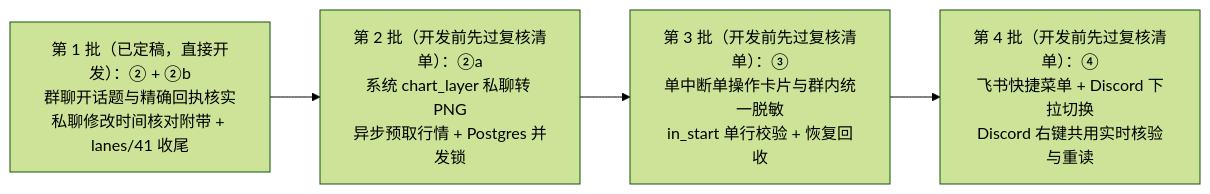
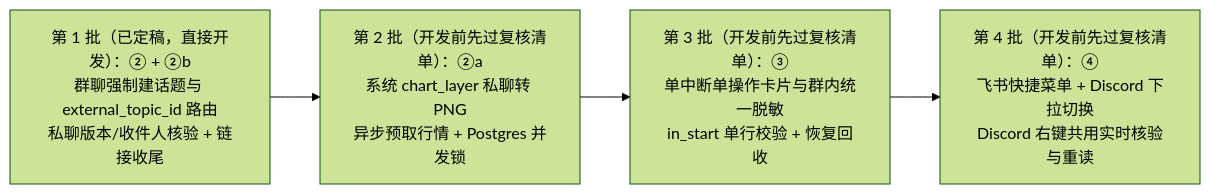
Before and after one commit to everflowinv/dalton-langalpha: the diagram in docs/dalton/features/channel-phase2.md, drawn with Mermaid (forest theme). The commit also changed other lines of this file, not shown here.

````diff
--- a/docs/dalton/features/channel-phase2.md
+++ b/docs/dalton/features/channel-phase2.md
@@ -682,6 +697,6 @@
 ```mermaid
 flowchart LR
-    B1["第 1 批（已定稿，直接开发）：② + ②b<br/>群聊开话题与精确回执核实<br/>私聊修改时间核对附带 + lanes/41 收尾"] --> B2["第 2 批（开发前先过复核清单）：②a<br/>系统 chart_layer 私聊转 PNG<br/>异步预取行情 + Postgres 并发锁"]
+    B1["第 1 批（已定稿，直接开发）：② + ②b<br/>群聊强制建话题与 external_topic_id 路由<br/>私聊版本/收件人核验 + 链接收尾"] --> B2["第 2 批（开发前先过复核清单）：②a<br/>系统 chart_layer 私聊转 PNG<br/>异步预取行情 + Postgres 并发锁"]
     B2 --> B3["第 3 批（开发前先过复核清单）：③<br/>单中断单操作卡片与群内统一脱敏<br/>in_start 单行校验 + 恢复回收"]
     B3 --> B4["第 4 批（开发前先过复核清单）：④<br/>飞书快捷菜单 + Discord 下拉切换<br/>Discord 右键共用实时核验与重读"]
 ```
````
